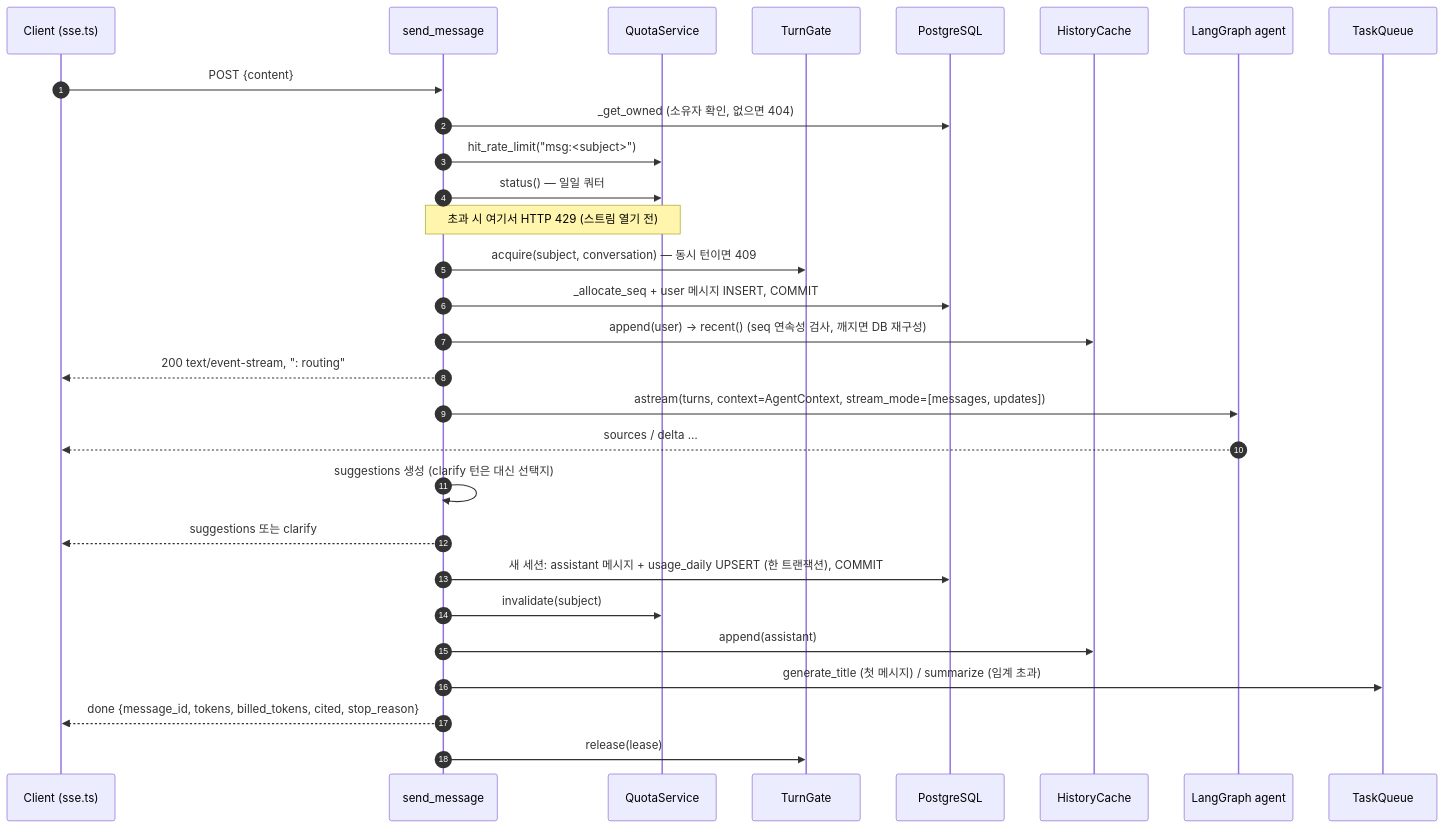
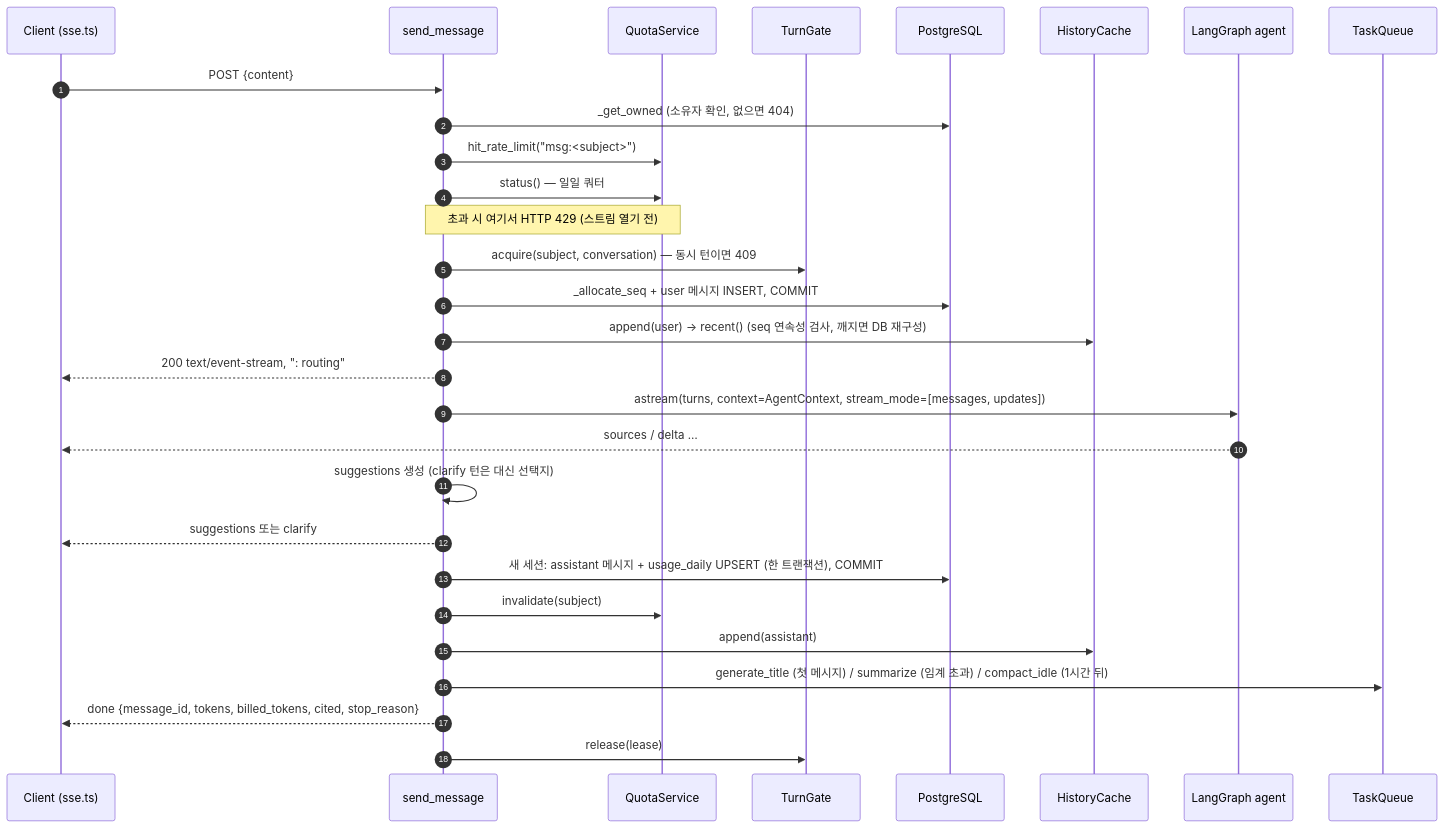
The third of 8 diagrams in ARCHITECTURE.md (Jake-tt/chatforge), drawn with Mermaid before and after one commit. The commit also changed other lines of this file and 8 other files, not shown here.

````diff
--- a/ARCHITECTURE.md
+++ b/ARCHITECTURE.md
@@ -186,32 +186,32 @@
 ```mermaid
 sequenceDiagram
   autonumber
   participant C as Client (sse.ts)
   participant R as send_message
   participant Q as QuotaService
   participant G as TurnGate
   participant DB as PostgreSQL
   participant H as HistoryCache
   participant A as LangGraph agent
   participant T as TaskQueue
 
   C->>R: POST {content}
   R->>DB: _get_owned (소유자 확인, 없으면 404)
   R->>Q: hit_rate_limit("msg:<subject>")
   R->>Q: status() — 일일 쿼터
   Note over R,Q: 초과 시 여기서 HTTP 429 (스트림 열기 전)
   R->>G: acquire(subject, conversation) — 동시 턴이면 409
   R->>DB: _allocate_seq + user 메시지 INSERT, COMMIT
   R->>H: append(user) → recent() (seq 연속성 검사, 깨지면 DB 재구성)
   R-->>C: 200 text/event-stream, ": routing"
   R->>A: astream(turns, context=AgentContext, stream_mode=[messages, updates])
   A-->>C: sources / delta …
   R->>R: suggestions 생성 (clarify 턴은 대신 선택지)
   R-->>C: suggestions 또는 clarify
   R->>DB: 새 세션: assistant 메시지 + usage_daily UPSERT (한 트랜잭션), COMMIT
   R->>Q: invalidate(subject)
   R->>H: append(assistant)
-  R->>T: generate_title (첫 메시지) / summarize (임계 초과)
+  R->>T: generate_title (첫 메시지) / summarize (임계 초과) / compact_idle (1시간 뒤)
   R-->>C: done {message_id, tokens, billed_tokens, cited, stop_reason}
   R->>G: release(lease)
 ```
````
